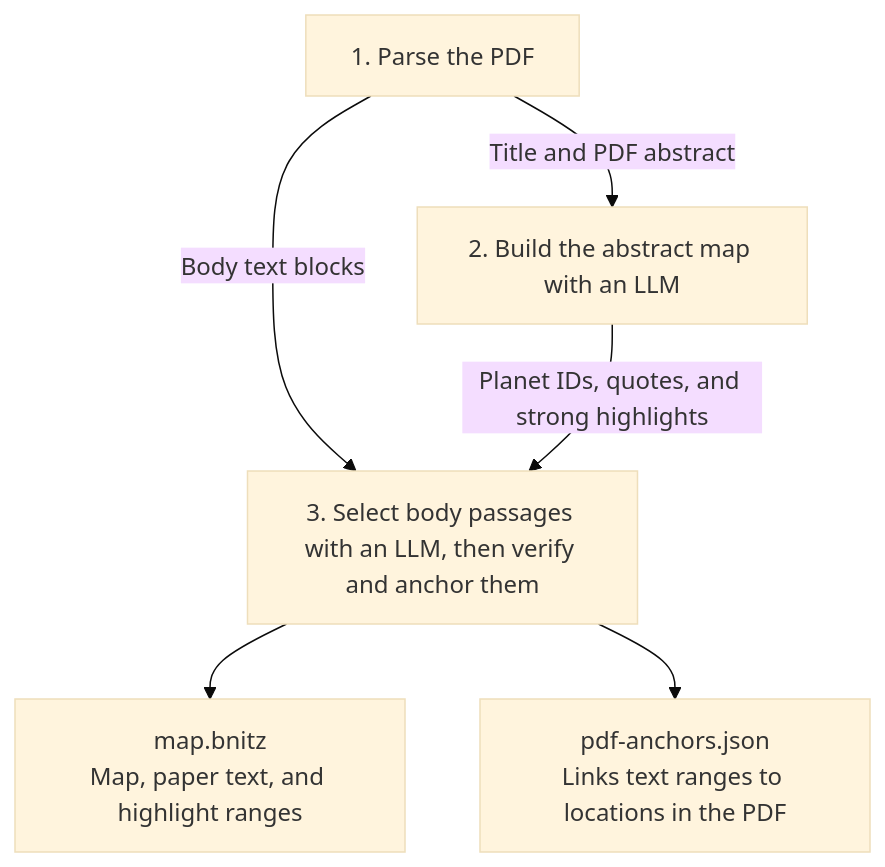
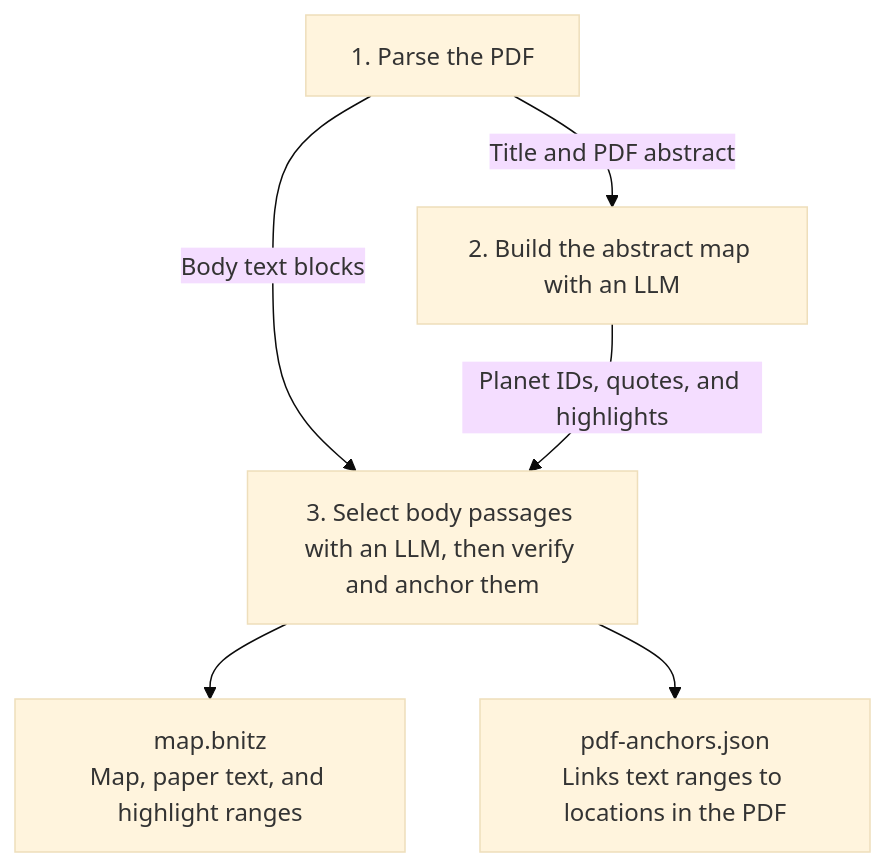
One commit to enricobottazzi/bnitz changed the diagram in extension/README.md. Above: the diagram before and after it, drawn with Mermaid (base theme). The commit also changed other lines of this file and 56 other files, not shown here.

````diff
--- a/extension/README.md
+++ b/extension/README.md
@@ -5,14 +5,14 @@
 ```mermaid
 flowchart TD
     A["1. Parse the PDF"]
     B["2. Build the abstract map with an LLM"]
     C["3. Select body passages with an LLM, then verify and anchor them"]
     M["map.bnitz<br/>Map, paper text, and highlight ranges"]
     P["pdf-anchors.json<br/>Links text ranges to locations in the PDF"]
 
     A -->|Title and PDF abstract| B
     A -->|Body text blocks| C
-    B -->|Planet IDs, quotes, and strong highlights| C
+    B -->|Planet IDs, quotes, and highlights| C
     C --> M
     C --> P
 ```
````
